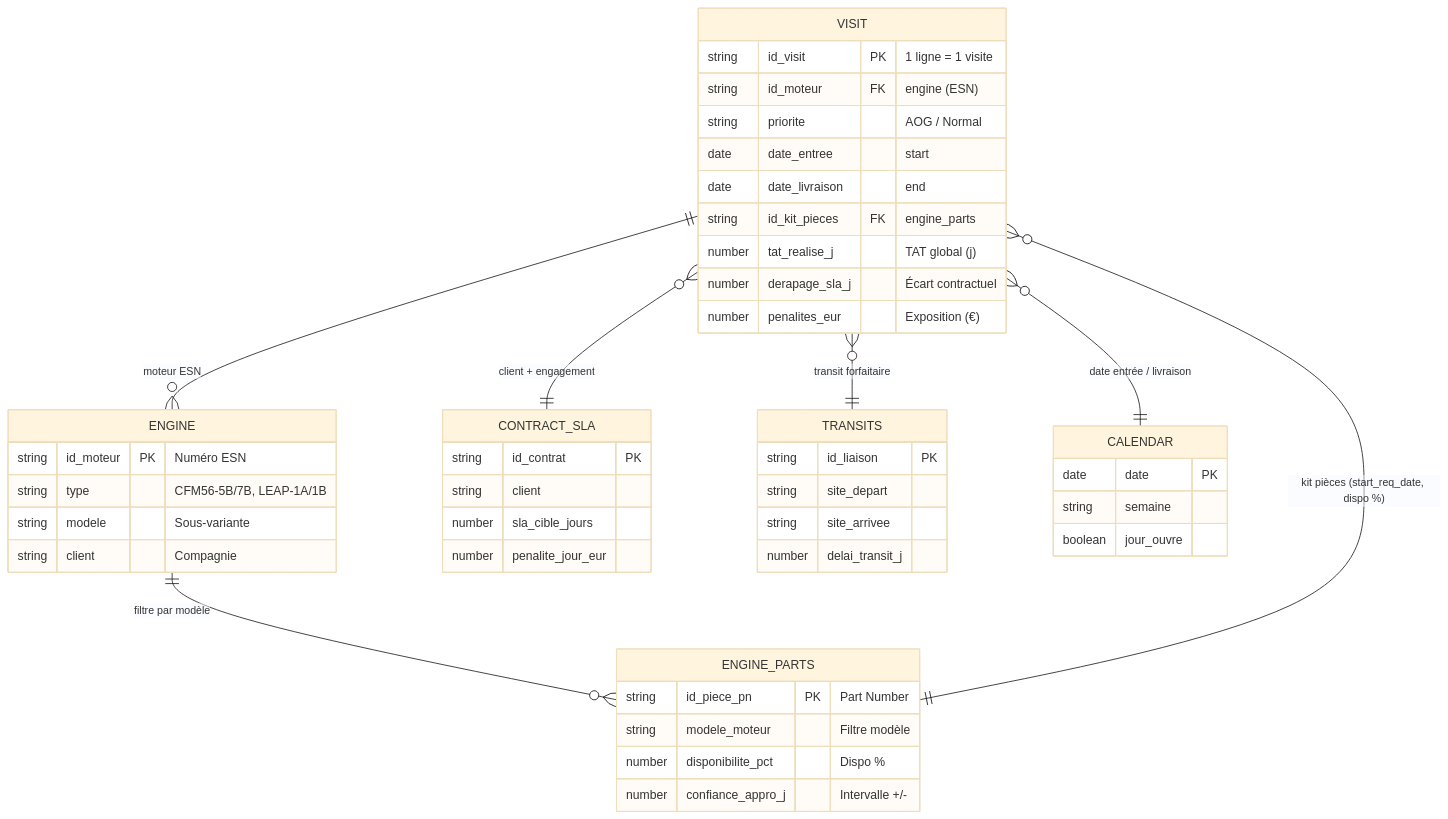
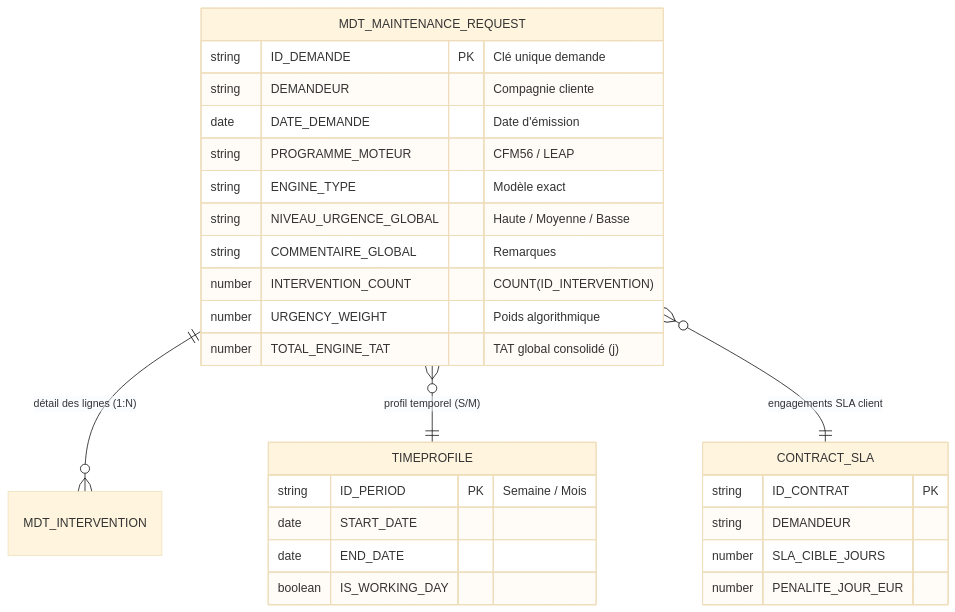
Before and after one commit to quangfr/bimaestro: the second of 16 diagrams in content.md, drawn with Mermaid (base theme). The commit also changed other lines of this file and 6 other files, not shown here.

````diff
--- a/content.md
+++ b/content.md
@@ -161,50 +181,31 @@
 ```mermaid
 erDiagram
-    VISIT ||--o{ ENGINE : "moteur ESN"
-    VISIT }o--|| CONTRACT_SLA : "client + engagement"
-    VISIT }o--|| TRANSITS : "transit forfaitaire"
-    VISIT }o--|| CALENDAR : "date entrée / livraison"
-    ENGINE ||--o{ ENGINE_PARTS : "filtre par modèle"
-    VISIT }o--|| ENGINE_PARTS : "kit pièces (start_req_date, dispo %)"
+    MDT_MAINTENANCE_REQUEST ||--o{ MDT_INTERVENTION : "détail des lignes (1:N)"
+    MDT_MAINTENANCE_REQUEST }o--|| TIMEPROFILE : "profil temporel (S/M)"
+    MDT_MAINTENANCE_REQUEST }o--|| CONTRACT_SLA : "engagements SLA client"
 
-    VISIT {
-        string id_visit PK "1 ligne = 1 visite"
-        string id_moteur FK "engine (ESN)"
-        string priorite "AOG / Normal"
-        date date_entree "start"
-        date date_livraison "end"
-        string id_kit_pieces FK "engine_parts"
-        number tat_realise_j "TAT global (j)"
-        number derapage_sla_j "Écart contractuel"
-        number penalites_eur "Exposition (€)"
+    MDT_MAINTENANCE_REQUEST {
+        string ID_DEMANDE PK "Clé unique demande"
+        string DEMANDEUR "Compagnie cliente"
+        date DATE_DEMANDE "Date d'émission"
+        string PROGRAMME_MOTEUR "CFM56 / LEAP"
+        string ENGINE_TYPE "Modèle exact"
+        string NIVEAU_URGENCE_GLOBAL "Haute / Moyenne / Basse"
+        string COMMENTAIRE_GLOBAL "Remarques"
+        number INTERVENTION_COUNT "COUNT(ID_INTERVENTION)"
+        number URGENCY_WEIGHT "Poids algorithmique"
+        number TOTAL_ENGINE_TAT "TAT global consolidé (j)"
     }
-    ENGINE {
-        string id_moteur PK "Numéro ESN"
-        string type "CFM56-5B/7B, LEAP-1A/1B"
-        string modele "Sous-variante"
-        string client "Compagnie"
-    }
-    ENGINE_PARTS {
-        string id_piece_pn PK "Part Number"
-        string modele_moteur "Filtre modèle"
-        number disponibilite_pct "Dispo %"
-        number confiance_appro_j "Intervalle +/-"
+    TIMEPROFILE {
+        string ID_PERIOD PK "Semaine / Mois"
+        date START_DATE
+        date END_DATE
+        boolean IS_WORKING_DAY
     }
     CONTRACT_SLA {
-        string id_contrat PK
-        string client
-        number sla_cible_jours
-        number penalite_jour_eur
-    }
-    TRANSITS {
-        string id_liaison PK
-        string site_depart
-        string site_arrivee
-        number delai_transit_j
-    }
-    CALENDAR {
-        date date PK
-        string semaine
-        boolean jour_ouvre
+        string ID_CONTRAT PK
+        string DEMANDEUR
+        number SLA_CIBLE_JOURS
+        number PENALITE_JOUR_EUR
     }
 ```
````
